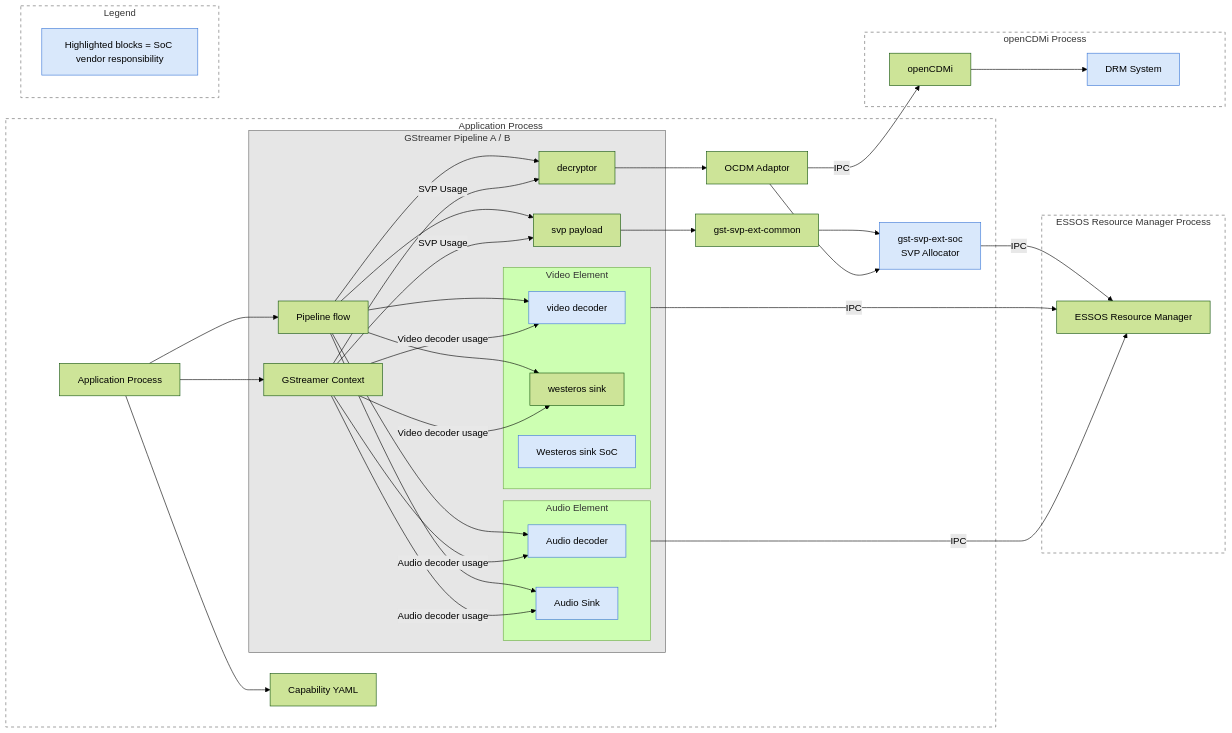
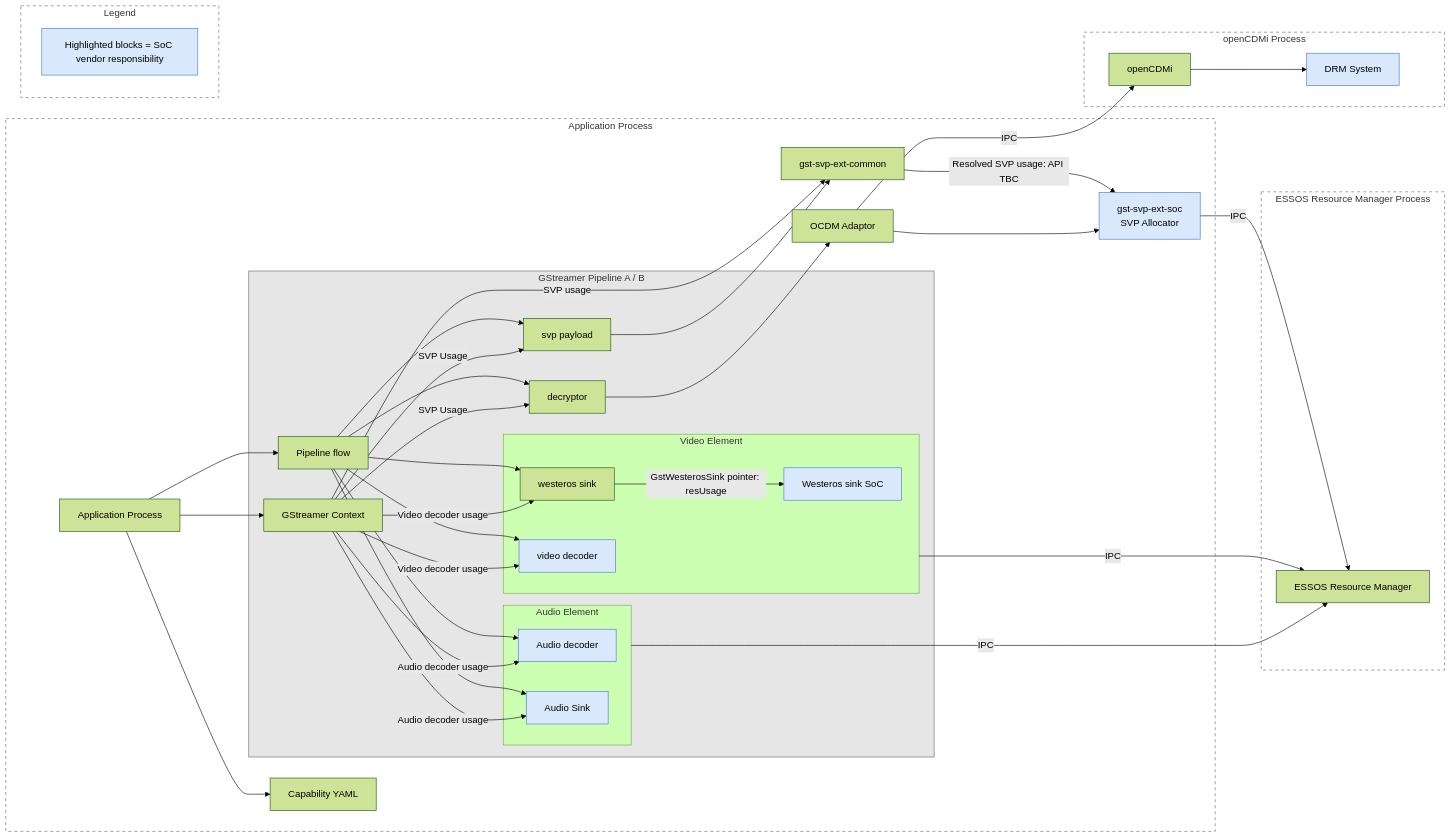
The first of 9 diagrams in doc/SPECIFICATION-dual-decode-legacy-av-hal-extension.md (rdkcentral/rdk-hpk-documentation), drawn with Mermaid (forest theme) before and after one commit. The commit also changed other lines of this file, not shown here.

Commit message:
gh47 clarify video audio and SVP resource selection precedence

````diff
--- a/doc/SPECIFICATION-dual-decode-legacy-av-hal-extension.md
+++ b/doc/SPECIFICATION-dual-decode-legacy-av-hal-extension.md
@@ -54,73 +54,75 @@
 ```mermaid
 graph LR
     subgraph APP[Application Process]
         App[Application Process]
         subgraph GSTP[GStreamer Pipeline A / B]
             GST[Pipeline flow]
             Ctx[GStreamer Context]
             DEC[decryptor]
             SVPP[svp payload]
             subgraph VE[Video Element]
                 VDEC[video decoder]
                 WSU[westeros sink]
                 WSOC[Westeros sink SoC]
             end
             subgraph AE[Audio Element]
                 ADEC[Audio decoder]
                 ASINK[Audio Sink]
             end
         end
         App --> GST
         GST --> DEC
         GST --> SVPP
         GST --> VDEC
         GST --> WSU
         GST --> ADEC
         GST --> ASINK
         App --> Ctx
         Ctx -->|SVP Usage| DEC
         Ctx -->|SVP Usage| SVPP
+        Ctx -->|SVP usage| SVPC
         Ctx -->|Video decoder usage| VDEC
         Ctx -->|Video decoder usage| WSU
         Ctx -->|Audio decoder usage| ADEC
         Ctx -->|Audio decoder usage| ASINK
         App --> YAML[Capability YAML]
         DEC --> OCDM[OCDM Adaptor]
         SVPP --> SVPC[gst-svp-ext-common]
-        SVPC --> SVPE[gst-svp-ext-soc<br/>SVP Allocator]
+        SVPC -->|Resolved SVP usage: API TBC| SVPE[gst-svp-ext-soc<br/>SVP Allocator]
+        WSU -->|GstWesterosSink pointer: resUsage| WSOC
         OCDM --> SVPE
     end
 
     subgraph OCP[openCDMi Process]
         OPENCDM[openCDMi]
         DRM[DRM System]
     end
 
     subgraph LEG[Legend]
         LRESP[Highlighted blocks = SoC vendor responsibility]
     end
 
     OCDM -->|IPC| OPENCDM
     OPENCDM --> DRM
 
     subgraph RMP[ESSOS Resource Manager Process]
         RM[ESSOS Resource Manager]
     end
 
     VE -->|IPC| RM
     AE -->|IPC| RM
     SVPE -->|IPC| RM
 
     style APP fill:none,stroke:#666,stroke-width:1px,stroke-dasharray: 5 5
     style GSTP fill:#e6e6e6,stroke:#666,stroke-width:1px
     style LEG fill:none,stroke:#666,stroke-width:1px,stroke-dasharray: 5 5
     style OCP fill:none,stroke:#666,stroke-width:1px,stroke-dasharray: 5 5
     style RMP fill:none,stroke:#666,stroke-width:1px,stroke-dasharray: 5 5
     style VDEC fill:#d9e8fb,stroke:#3c78d8,stroke-width:1px,color:#000
     style WSOC fill:#d9e8fb,stroke:#3c78d8,stroke-width:1px,color:#000
     style ADEC fill:#d9e8fb,stroke:#3c78d8,stroke-width:1px,color:#000
     style ASINK fill:#d9e8fb,stroke:#3c78d8,stroke-width:1px,color:#000
     style SVPE fill:#d9e8fb,stroke:#3c78d8,stroke-width:1px,color:#000
     style DRM fill:#d9e8fb,stroke:#3c78d8,stroke-width:1px,color:#000
     style LRESP fill:#d9e8fb,stroke:#3c78d8,stroke-width:1px,color:#000
 ```
````
